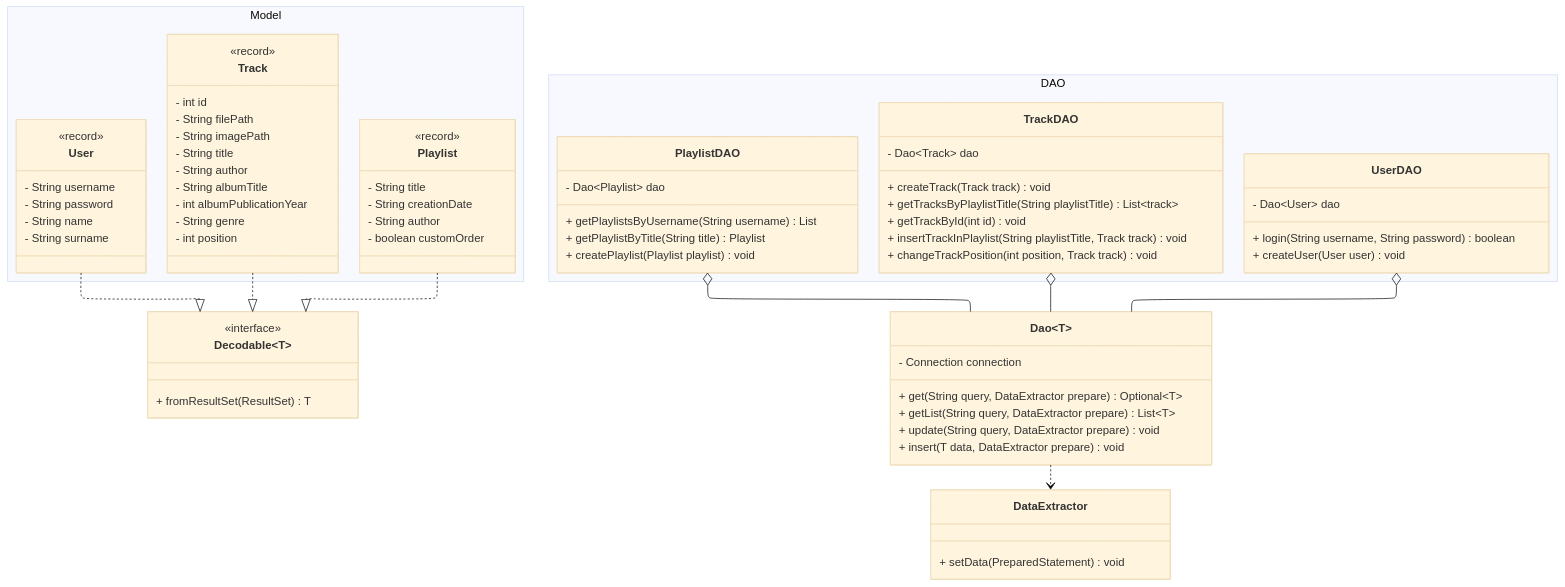
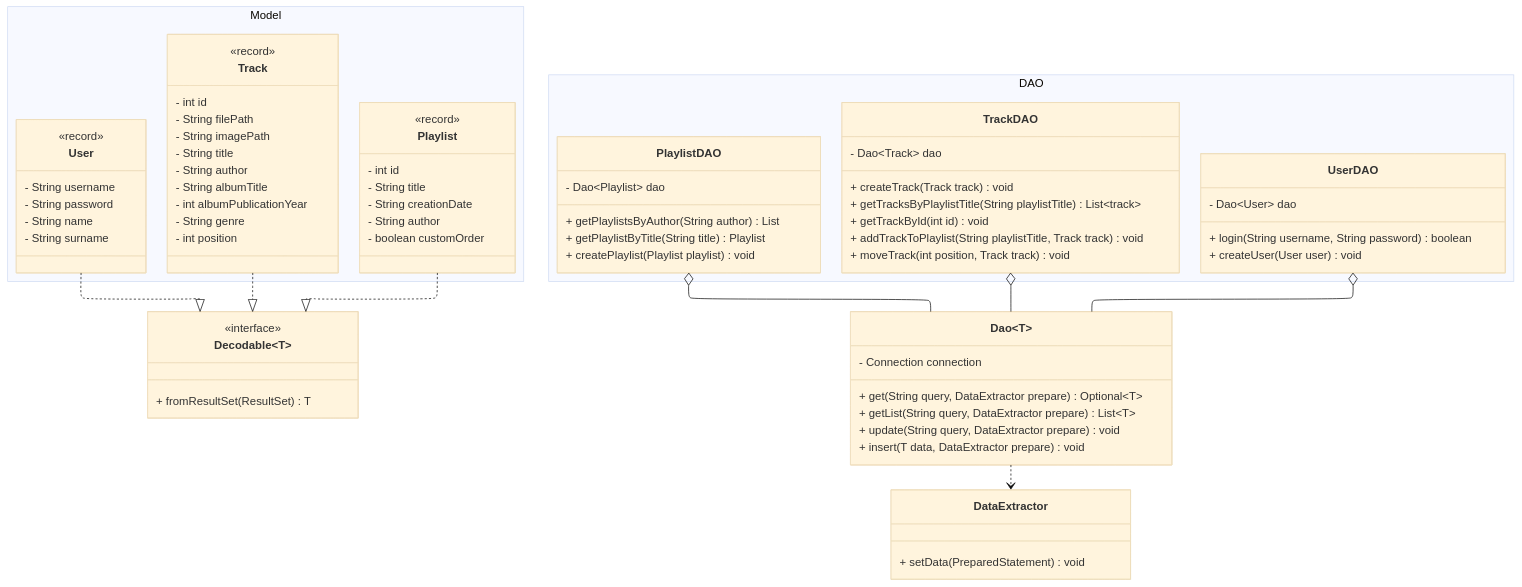
Before and after one commit to manuel3053/wt_music_playlist_2025: the diagram in docs/model.mmd, drawn with Mermaid (base theme). The commit also changed 18 other files, not shown here.

```diff
--- a/docs/model.mmd
+++ b/docs/model.mmd
@@ -1,98 +1,99 @@
 ---
     config:
         layout: elk
         elk:
             nodePlacementStrategy: NETWORK_SIMPLEX
         class:
             hideEmptyMembersBox: true
 ---
 classDiagram
 direction TR
 
 namespace Model {
   class Playlist
   class Track
   class User
 }
 
 namespace DAO {
   class PlaylistDAO
   class TrackDAO
   class UserDAO
 }
 
 class Decodable~T~ {
   <<interface>>
   + fromResultSet(ResultSet) T 
 }
 
 class Dao~T~ {
   - Connection connection
   + get(String query, DataExtractor prepare) Optional~T~
   + getList(String query, DataExtractor prepare) List~T~
   + update(String query, DataExtractor prepare) void
   + insert(T data, DataExtractor prepare) void
 }
 
 class UserDAO {
   - Dao~User~ dao
   + login(String username, String password) boolean
   + createUser(User user) void
 }
 
 class TrackDAO {
   - Dao~Track~ dao
   + createTrack(Track track) void
   + getTracksByPlaylistTitle(String playlistTitle) List<Track>
   + getTrackById(int id) void
-  + insertTrackInPlaylist(String playlistTitle, Track track) void
-  + changeTrackPosition(int position, Track track) void
+  + addTrackToPlaylist(String playlistTitle, Track track) void
+  + moveTrack(int position, Track track) void
 }
 
 class PlaylistDAO {
   - Dao~Playlist~ dao
-  + getPlaylistsByUsername(String username) List<Playlist>
+  + getPlaylistsByAuthor(String author) List<Playlist>
   + getPlaylistByTitle(String title) Playlist
   + createPlaylist(Playlist playlist) void
 }
 
 class DataExtractor {
   + setData(PreparedStatement) void
 }
 
 class Playlist {
   <<record>>
+  - int id
   - String title
   - String creationDate
   - String author
   - boolean customOrder
 }
 
 class Track {
   <<record>>
   - int id
   - String filePath
   - String imagePath
   - String title
   - String author
   - String albumTitle
   - int albumPublicationYear
   - String genre
   - int position
 }
 
 class User {
   <<record>>
   - String username
   - String password
   - String name
   - String surname
 }
 
 Playlist ..|> Decodable~T~
 Track ..|> Decodable~T~
 User ..|> Decodable~T~
 UserDAO o-- Dao~T~
 TrackDAO o-- Dao~T~
 PlaylistDAO o-- Dao~T~
 Dao~T~ ..> DataExtractor
```
